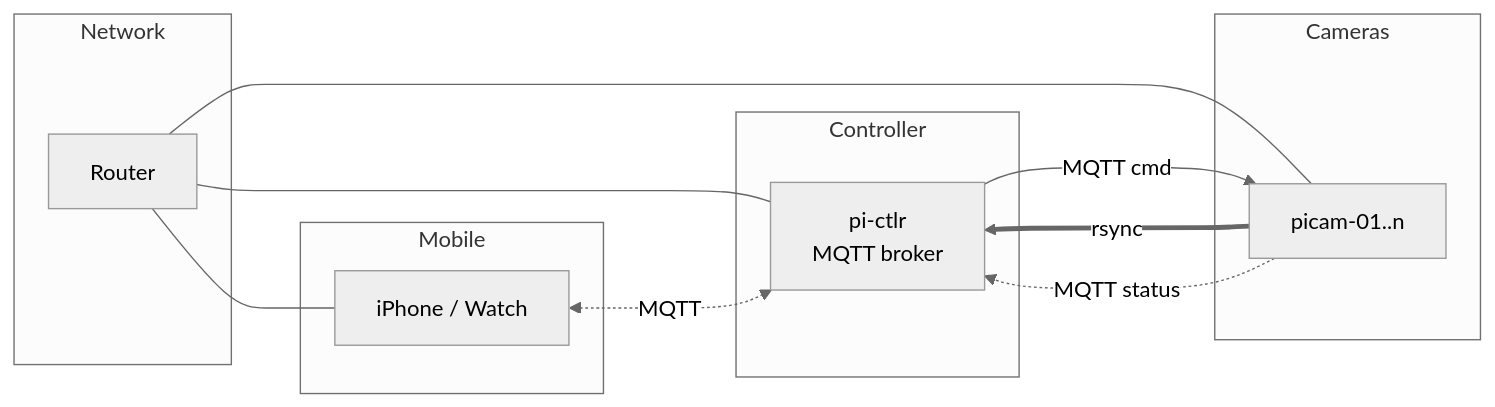
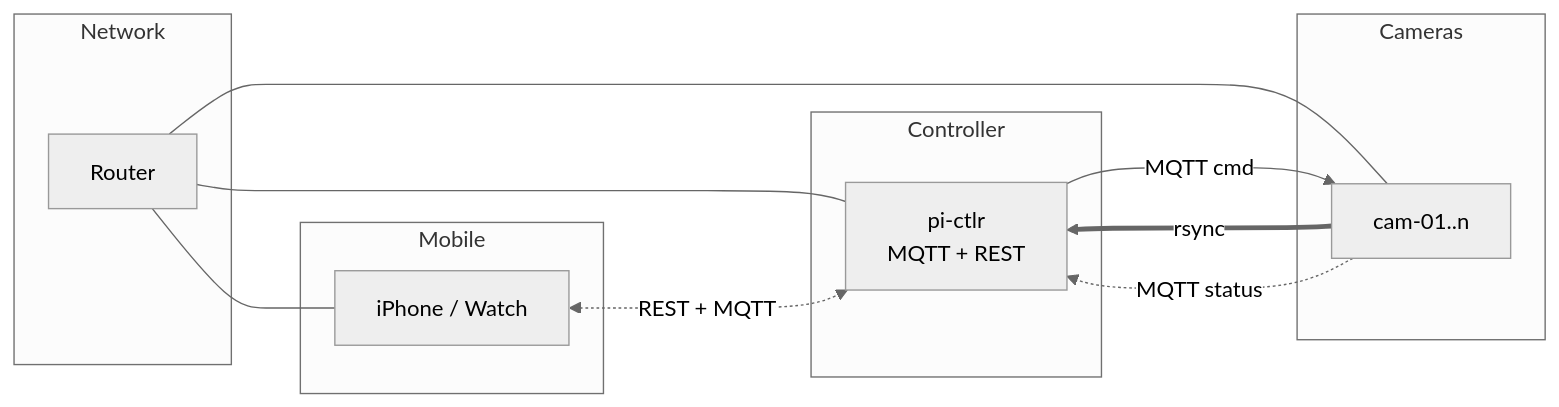
One commit to syncdrivenet/docs changed the first of 3 diagrams in wiki/docs/reference/system-design.md. Above: the diagram before and after it, drawn with Mermaid (neutral theme). The commit also changed other lines of this file and 2 other files, not shown here.

Commit message:
Update docs: state machines, REST API, MQTT topics, config, error handling

````diff
--- a/wiki/docs/reference/system-design.md
+++ b/wiki/docs/reference/system-design.md
@@ -13,27 +13,27 @@
 ```mermaid
 graph LR
     subgraph Network
         Router[Router]
     end
 
     subgraph Controller
-        PiCtlr[pi-ctlr<br/>MQTT broker]
+        PiCtlr[pi-ctlr<br/>MQTT + REST]
     end
 
     subgraph Cameras
-        PiCam[picam-01..n]
+        PiCam[cam-01..n]
     end
 
     subgraph Mobile
         Phone[iPhone / Watch]
     end
 
     Router --- PiCtlr
     Router --- PiCam
     Router --- Phone
 
     PiCtlr -->|MQTT cmd| PiCam
     PiCam ==>|rsync| PiCtlr
     PiCam -.->|MQTT status| PiCtlr
-    Phone <-.->|MQTT| PiCtlr
+    Phone <-.->|REST + MQTT| PiCtlr
 ```
````
